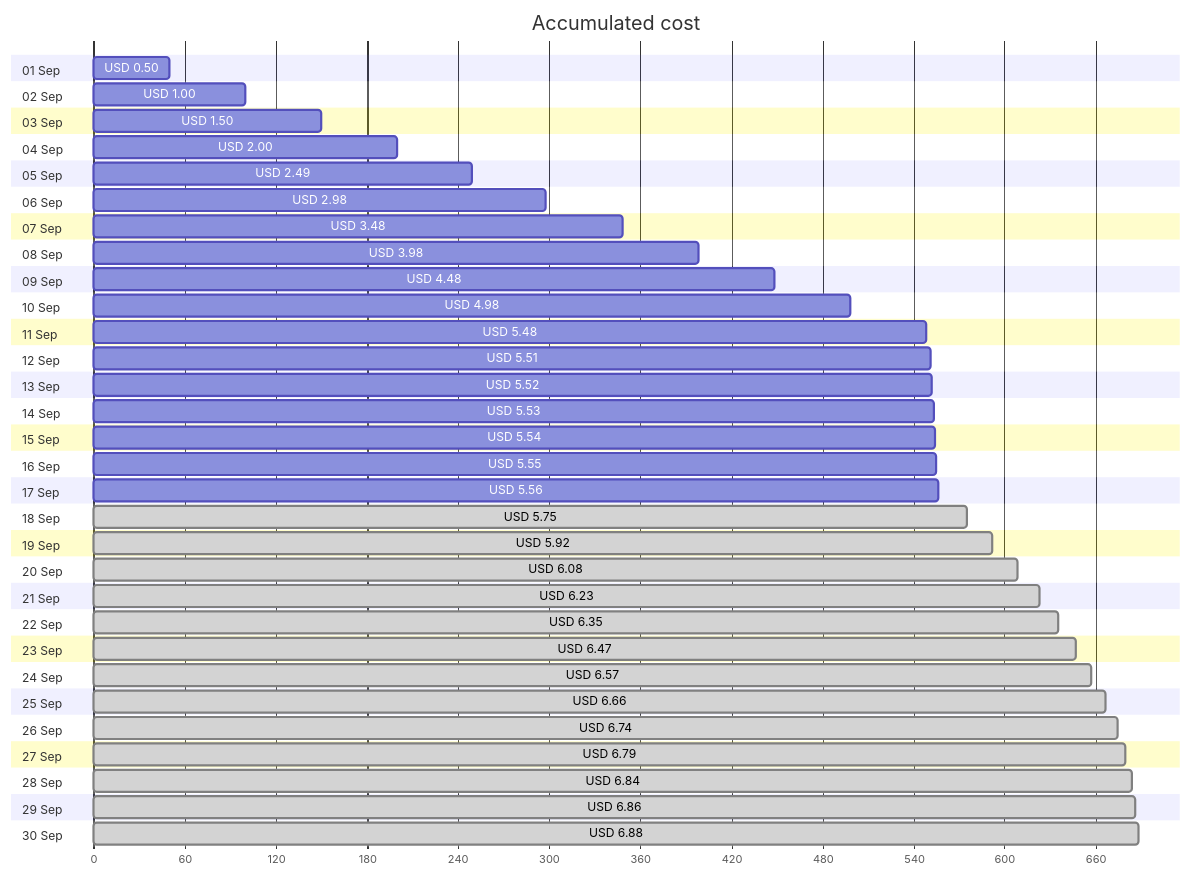
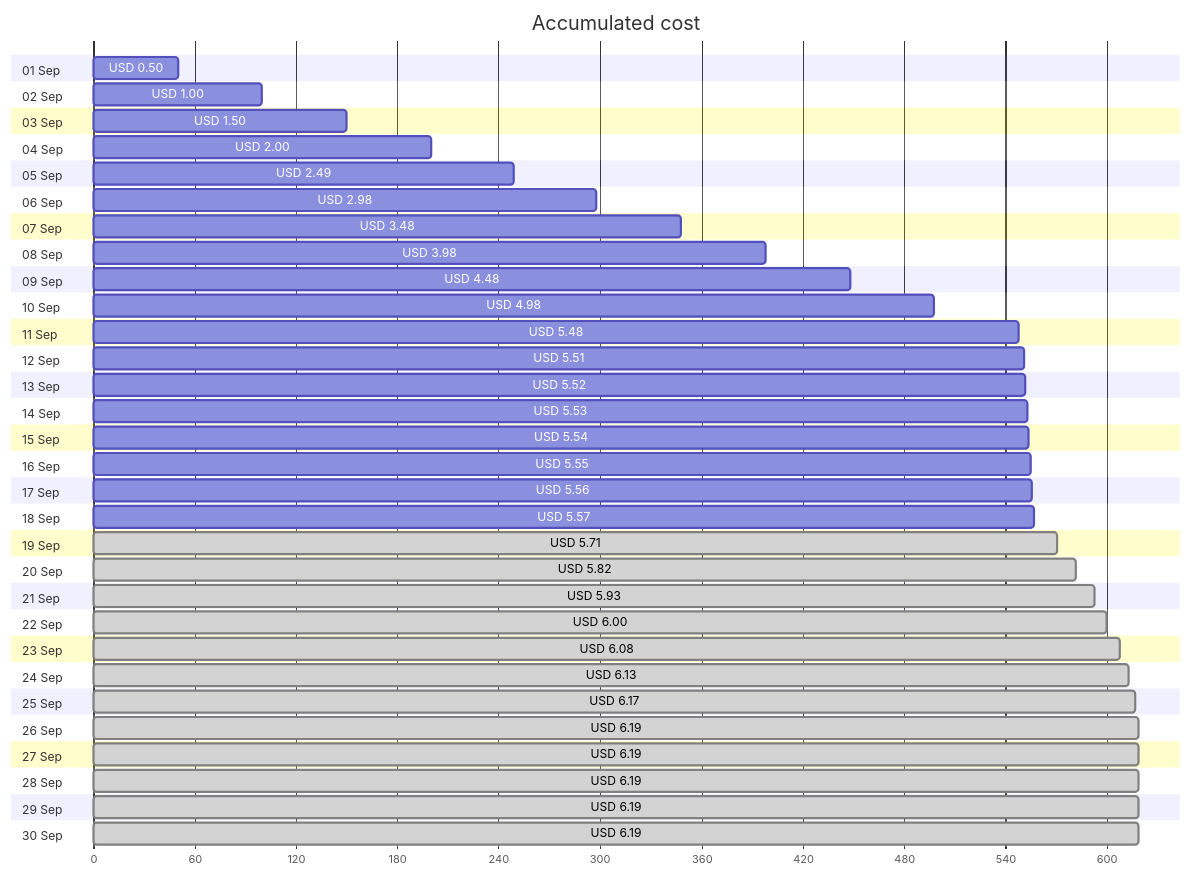
Before and after one commit to jpfulton/azure-personal-reports: the first of 4 diagrams in cost-reports/cloud-shell-storage-eastus/README.md, drawn with Mermaid. The commit also changed other lines of this file and 1 other file, not shown here.

Commit message:
Generated reports [skip ci]

````diff
--- a/cost-reports/cloud-shell-storage-eastus/README.md
+++ b/cost-reports/cloud-shell-storage-eastus/README.md
@@ -20,66 +20,66 @@
 ```mermaid
 gantt
    title Accumulated cost
    dateFormat  X
    axisFormat %s
    section 01 Sep
    USD 0.50 :0, 50
    section 02 Sep
    USD 1.00 :0, 100
    section 03 Sep
    USD 1.50 :0, 150
    section 04 Sep
    USD 2.00 :0, 200
    section 05 Sep
    USD 2.49 :0, 249
    section 06 Sep
    USD 2.98 :0, 298
    section 07 Sep
    USD 3.48 :0, 348
    section 08 Sep
    USD 3.98 :0, 398
    section 09 Sep
    USD 4.48 :0, 448
    section 10 Sep
    USD 4.98 :0, 498
    section 11 Sep
    USD 5.48 :0, 548
    section 12 Sep
    USD 5.51 :0, 551
    section 13 Sep
    USD 5.52 :0, 552
    section 14 Sep
    USD 5.53 :0, 553
    section 15 Sep
    USD 5.54 :0, 554
    section 16 Sep
    USD 5.55 :0, 555
    section 17 Sep
    USD 5.56 :0, 556
    section 18 Sep
-   USD 5.75 : done, 0, 575
+   USD 5.57 :0, 557
    section 19 Sep
-   USD 5.92 : done, 0, 592
+   USD 5.71 : done, 0, 571
    section 20 Sep
+   USD 5.82 : done, 0, 582
+   section 21 Sep
+   USD 5.93 : done, 0, 593
+   section 22 Sep
+   USD 6.00 : done, 0, 600
+   section 23 Sep
    USD 6.08 : done, 0, 608
-   section 21 Sep
-   USD 6.23 : done, 0, 623
-   section 22 Sep
-   USD 6.35 : done, 0, 635
-   section 23 Sep
-   USD 6.47 : done, 0, 647
    section 24 Sep
-   USD 6.57 : done, 0, 657
+   USD 6.13 : done, 0, 613
    section 25 Sep
-   USD 6.66 : done, 0, 666
+   USD 6.17 : done, 0, 617
    section 26 Sep
-   USD 6.74 : done, 0, 674
+   USD 6.19 : done, 0, 619
    section 27 Sep
-   USD 6.79 : done, 0, 679
+   USD 6.19 : done, 0, 619
    section 28 Sep
-   USD 6.84 : done, 0, 684
+   USD 6.19 : done, 0, 619
    section 29 Sep
-   USD 6.86 : done, 0, 686
+   USD 6.19 : done, 0, 619
    section 30 Sep
-   USD 6.88 : done, 0, 688
+   USD 6.19 : done, 0, 619
 ```
````
